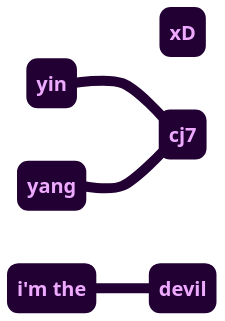
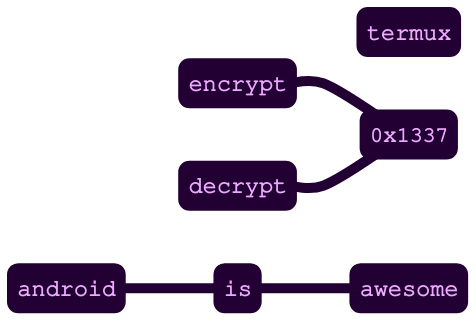
The diagram in .github/README.md (Juliocj7/Juliocj7), drawn with Mermaid before and after one commit.

````diff
--- a/.github/README.md
+++ b/.github/README.md
@@ -295,28 +295,29 @@
 ```mermaid
 ---
 config:
   theme: base
   flowchart:
     curve: cardinal
     shape: stadium
     padding: 4
   themeVariables:
     lineColor: "#220033"
     primaryColor: "#220033"
     primaryBorderColor: "#220033"
     primaryTextColor: "#EEAAFF"
 ---
 flowchart RL
-  umd(xD)
-  stb(cj7)
-  god(yin)
-  bad(yang)
-  way(i'm the)
-  res(devil)
+  umd(𝚝𝚎𝚛𝚖𝚞𝚡)
+  stb(𝟶𝚡𝟷𝟹𝟹𝟽)
+  god(𝚎𝚗𝚌𝚛𝚢𝚙𝚝)
+  bad(𝚍𝚎𝚌𝚛𝚢𝚙𝚝)
+  way(𝚊𝚗𝚍𝚛𝚘𝚒𝚍)
+  res(𝚊𝚠𝚎𝚜𝚘𝚖𝚎)
+  lol(𝚒𝚜)
   stb --- god
   stb --- bad
-  res --- way
+  res --- lol --- way
 
   classDef default stroke-width:8px,font-weight:bold;
   linkStyle default stroke-width:8px;
 ```
````
